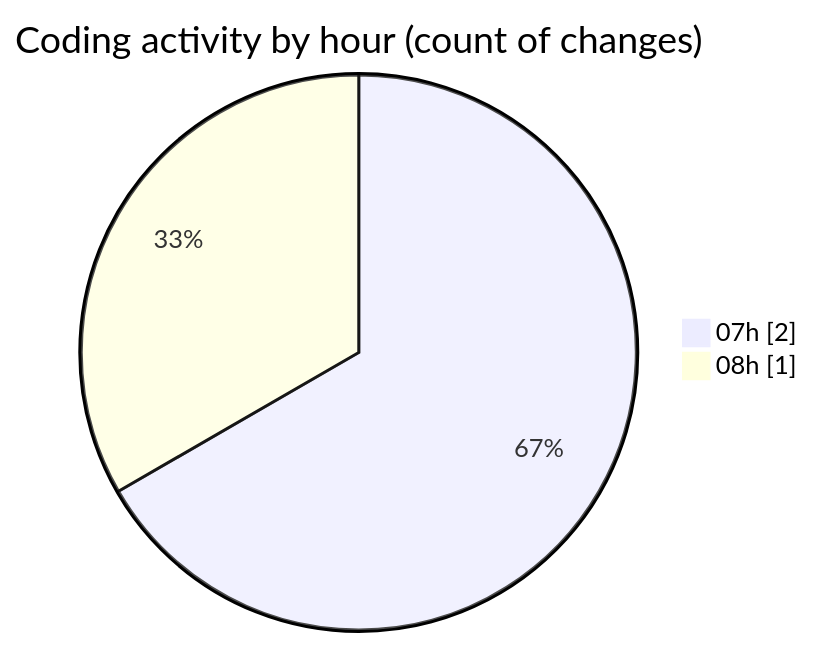
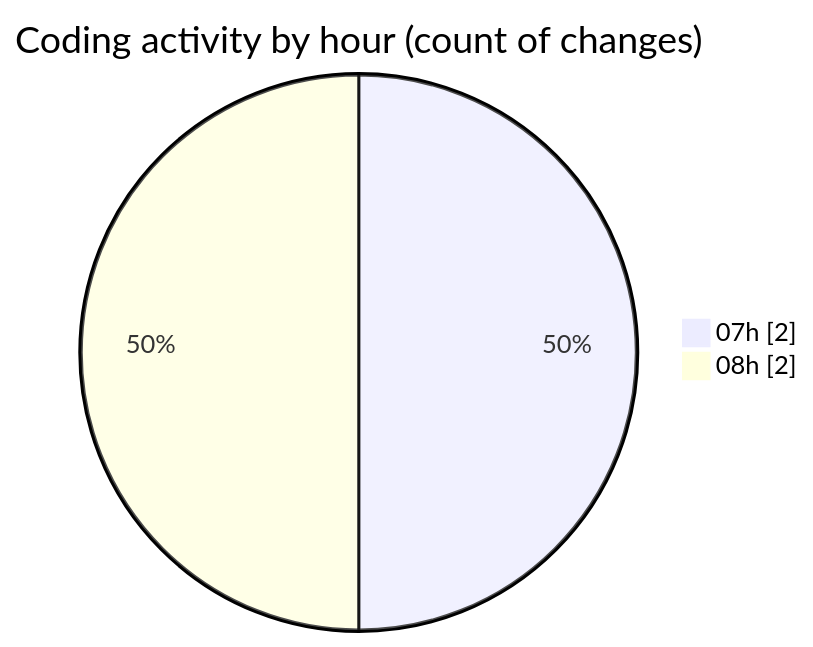
The second of 2 diagrams in 2025-07-01/web/README.md (LanceThiago/code-tracking), drawn with Mermaid before and after one commit. The commit also changed other lines of this file and 1 other file, not shown here.

````diff
--- a/2025-07-01/web/README.md
+++ b/2025-07-01/web/README.md
@@ -28,6 +29,6 @@
 ```mermaid
 pie showData
 title Coding activity by hour (count of changes)
 "07h" : 2
-"08h" : 1
+"08h" : 2
 ```
````
